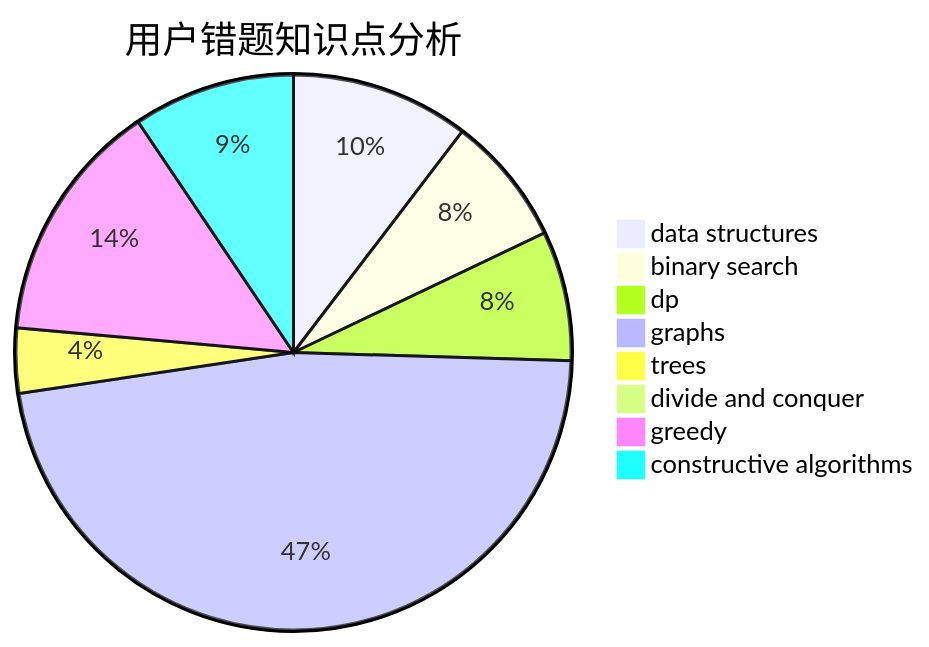
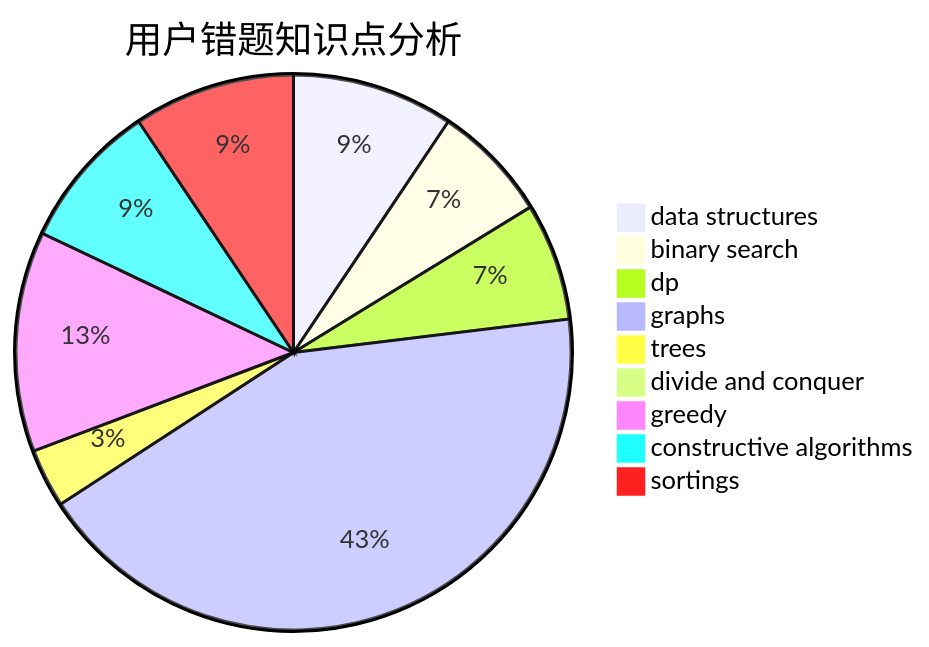
One commit to sherpahu/cfrs.github.io changed the third of 3 diagrams in docs/user/u2434.md. Above: the diagram before and after it, drawn with Mermaid. The commit also changed other lines of this file and 2769 other files, not shown here.

````diff
--- a/docs/user/u2434.md
+++ b/docs/user/u2434.md
@@ -36,11 +32,12 @@
 ```mermaid
 pie title 用户错题知识点分析
     "data structures" :  11
     "binary search" :  8
     "dp" :  8
     "graphs" :  50
     "trees" :  4
     "divide and conquer" :  0
     "greedy" :  15
     "constructive algorithms" :  10
+    "sortings" :  11
 ```
````
